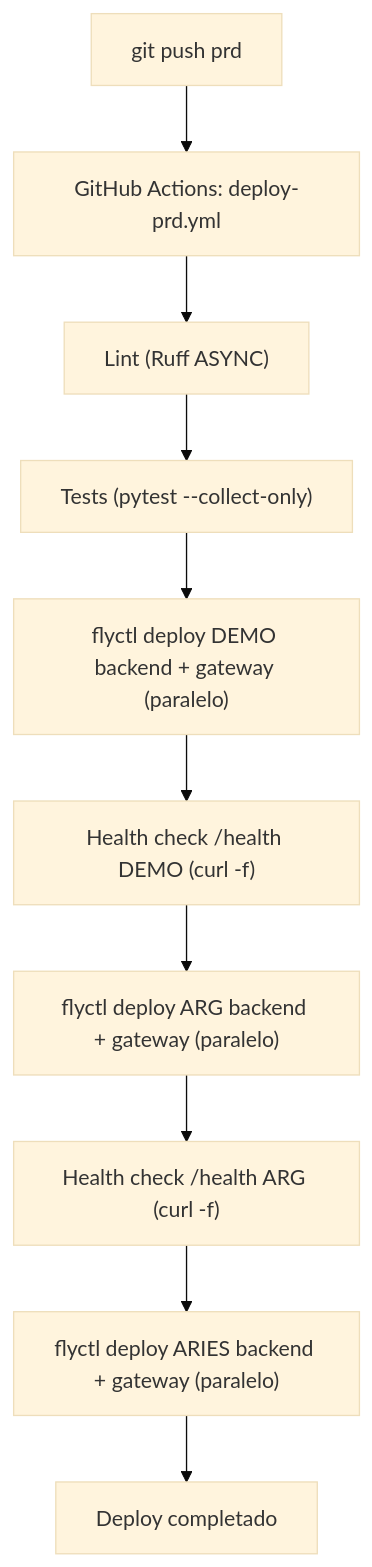
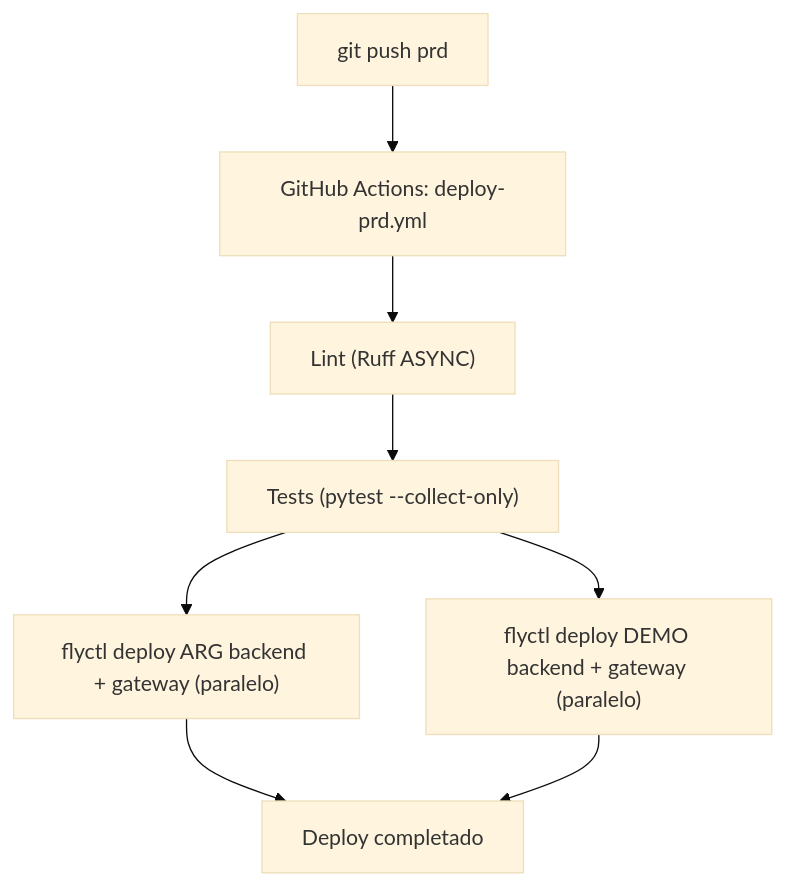
Before and after one commit to GDI-AGPLv3/GDI-Docs: the fourth of 4 diagrams in docs/desarrollo/deploy/github-actions.md, drawn with Mermaid (base theme). The commit also changed other lines of this file, not shown here.

Commit message:
docs(deploy): flujo dev→hml→prd y workflow HML (ARIES desde hml)

````diff
--- a/docs/desarrollo/deploy/github-actions.md
+++ b/docs/desarrollo/deploy/github-actions.md
@@ -189,12 +199,10 @@
 ```mermaid
 graph TD
     A["git push prd"] --> B["GitHub Actions: deploy-prd.yml"]
     B --> C["Lint (Ruff ASYNC)"]
     C --> D["Tests (pytest --collect-only)"]
-    D --> E["flyctl deploy DEMO backend + gateway (paralelo)"]
-    E --> F["Health check /health DEMO (curl -f)"]
-    F --> G["flyctl deploy ARG backend + gateway (paralelo)"]
-    G --> H["Health check /health ARG (curl -f)"]
-    H --> I["flyctl deploy ARIES backend + gateway (paralelo)"]
-    I --> J["Deploy completado"]
+    D --> E["flyctl deploy ARG backend + gateway (paralelo)"]
+    D --> F["flyctl deploy DEMO backend + gateway (paralelo)"]
+    E --> G["Deploy completado"]
+    F --> G
 ```
````
